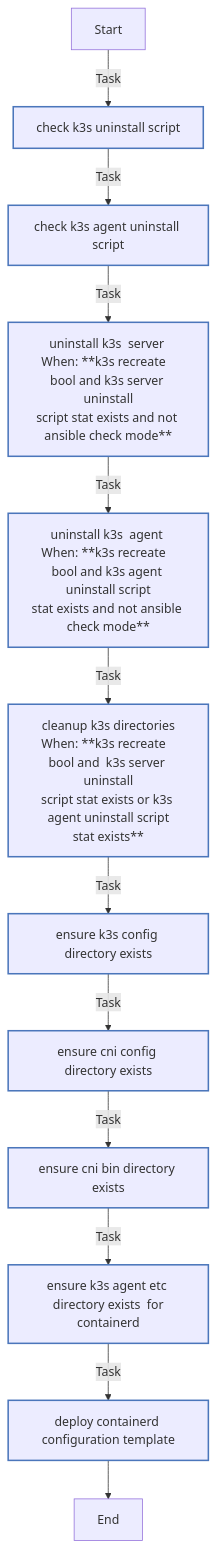
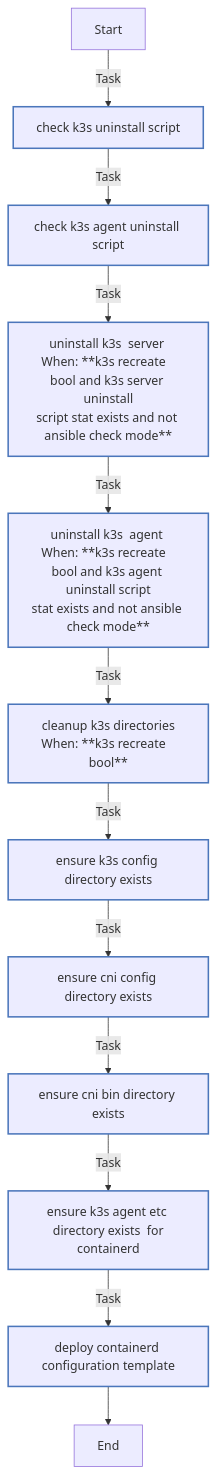
Before and after one commit to rou-cru/k3s-homelab: the diagram in roles/k3s_common/README.md, drawn with Mermaid. The commit also changed other lines of this file and 21 other files, not shown here.

````diff
--- a/roles/k3s_common/README.md
+++ b/roles/k3s_common/README.md
@@ -80,24 +80,24 @@
 ```mermaid
 flowchart TD
 Start
 classDef block stroke:#3498db,stroke-width:2px;
 classDef task stroke:#4b76bb,stroke-width:2px;
 classDef includeTasks stroke:#16a085,stroke-width:2px;
 classDef importTasks stroke:#34495e,stroke-width:2px;
 classDef includeRole stroke:#2980b9,stroke-width:2px;
 classDef importRole stroke:#699ba7,stroke-width:2px;
 classDef includeVars stroke:#8e44ad,stroke-width:2px;
 classDef rescue stroke:#665352,stroke-width:2px;
 
   Start-->|Task| Check_K3s_uninstall_script0[check k3s uninstall script]:::task
   Check_K3s_uninstall_script0-->|Task| Check_K3s_agent_uninstall_script1[check k3s agent uninstall script]:::task
   Check_K3s_agent_uninstall_script1-->|Task| Uninstall_K3s__Server_2[uninstall k3s  server <br>When: **k3s recreate   bool and k3s server uninstall<br>script stat exists and not ansible check mode**]:::task
   Uninstall_K3s__Server_2-->|Task| Uninstall_K3s__Agent_3[uninstall k3s  agent <br>When: **k3s recreate   bool and k3s agent uninstall script<br>stat exists and not ansible check mode**]:::task
-  Uninstall_K3s__Agent_3-->|Task| Cleanup_K3s_directories4[cleanup k3s directories<br>When: **k3s recreate   bool and  k3s server uninstall<br>script stat exists or k3s agent uninstall script<br>stat exists**]:::task
+  Uninstall_K3s__Agent_3-->|Task| Cleanup_K3s_directories4[cleanup k3s directories<br>When: **k3s recreate   bool**]:::task
   Cleanup_K3s_directories4-->|Task| Ensure_K3s_config_directory_exists5[ensure k3s config directory exists]:::task
   Ensure_K3s_config_directory_exists5-->|Task| Ensure_CNI_config_directory_exists6[ensure cni config directory exists]:::task
   Ensure_CNI_config_directory_exists6-->|Task| Ensure_CNI_bin_directory_exists7[ensure cni bin directory exists]:::task
   Ensure_CNI_bin_directory_exists7-->|Task| Ensure_K3s_agent_etc_directory_exists__for_containerd_8[ensure k3s agent etc directory exists  for<br>containerd ]:::task
   Ensure_K3s_agent_etc_directory_exists__for_containerd_8-->|Task| Deploy_containerd_configuration_template9[deploy containerd configuration template]:::task
   Deploy_containerd_configuration_template9-->End
 ```
````
